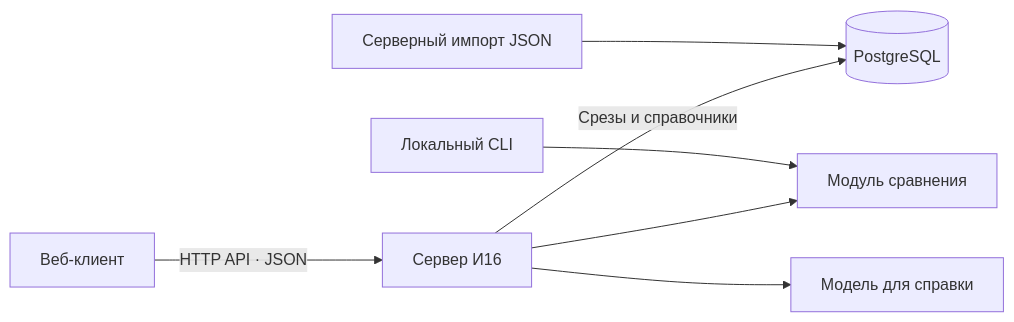
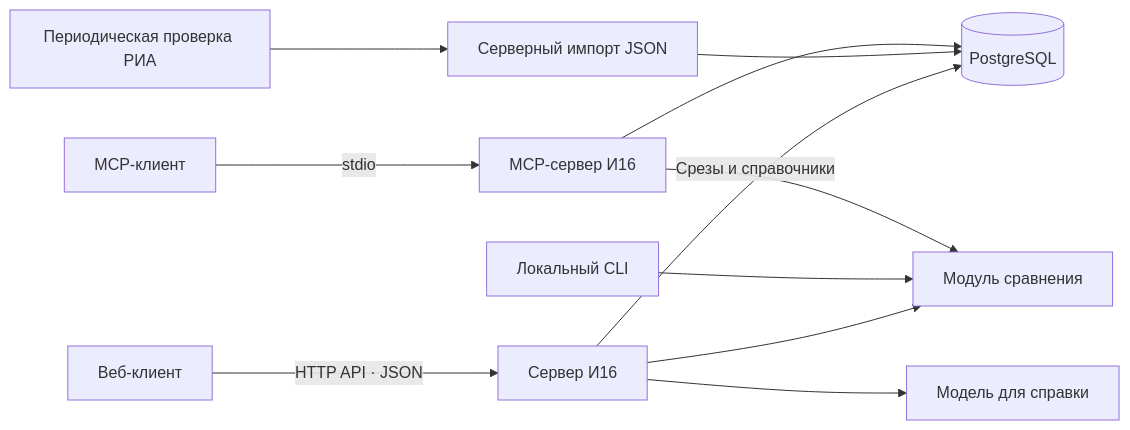
Before and after one commit to safonovman89-cloud/rating: the diagram in docs/architecture.md, drawn with Mermaid. The commit also changed other lines of this file and 19 other files, not shown here.

````diff
--- a/docs/architecture.md
+++ b/docs/architecture.md
@@ -3,9 +3,13 @@
 ```mermaid
 flowchart LR
     Web[Веб-клиент] -->|HTTP API · JSON| Server[Сервер И16]
     Server -->|Срезы и справочники| DB[(PostgreSQL)]
     Server --> Core[Модуль сравнения]
     Server --> Model[Модель для справки]
     CLI[Локальный CLI] --> Core
     Import[Серверный импорт JSON] --> DB
+    Refresh[Периодическая проверка РИА] --> Import
+    MCPClient[MCP-клиент] -->|stdio| MCP[MCP-сервер И16]
+    MCP --> Core
+    MCP --> DB
 ```
````
